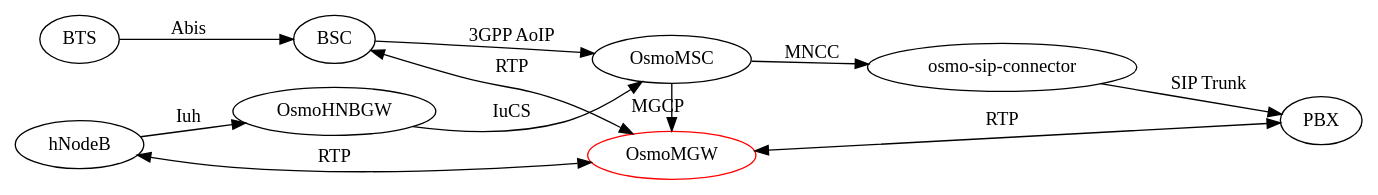
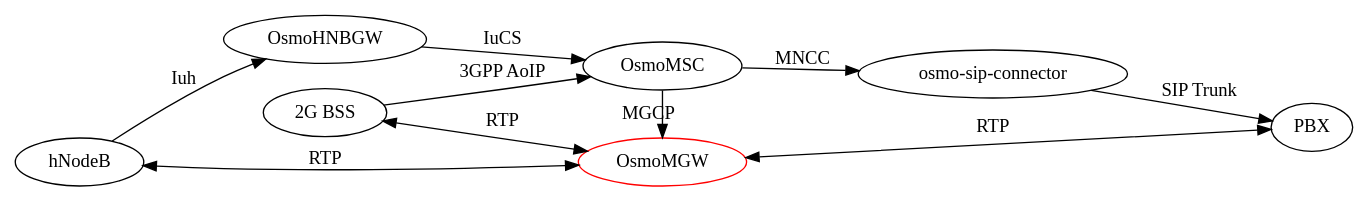
Before and after one commit to osmocom/osmo-mgw: the second of 2 diagrams in doc/manuals/chapters/overview.adoc, drawn with Graphviz.

Commit message:
overview: fix graph "OsmoMGW used with OsmoMSC"
The graph "OsmoMGW used with OsmoMSC" shows a BSC entity that accepts
AoIP and RTP, however osmo-bsc has no RTP proxy functionality. It makes
probably more sense to remove the BTS from the graph and call "BSC" "2G
BSS"

```diff
--- a/doc/manuals/chapters/overview.adoc
+++ b/doc/manuals/chapters/overview.adoc
@@ -35,20 +35,19 @@
 [graphviz]
 ----
 digraph G {
     rankdir = LR;
-    BTS -> BSC [label="Abis"];
-    BSC -> OsmoMSC [label="3GPP AoIP"];
+    "2G BSS" -> OsmoMSC [label="3GPP AoIP"];
     OsmoMSC -> OsmoMGW [label="MGCP"];
-    BSC -> OsmoMGW [label="RTP",dir=both];
+    "2G BSS" -> OsmoMGW [label="RTP",dir=both];
     OsmoMSC -> OsmoSIP [label="MNCC"];
     OsmoSIP -> PBX [label="SIP Trunk"];
     OsmoMGW -> PBX [label="RTP",dir=both];
     {rank=same OsmoMSC OsmoMGW}
     OsmoSIP [label="osmo-sip-connector"];
     OsmoMGW [color=red];
 
     hNodeB -> OsmoHNBGW [label="Iuh"];
     OsmoHNBGW -> OsmoMSC [label="IuCS"];
     hNodeB -> OsmoMGW [label="RTP",dir=both];
 }
 ----
```
